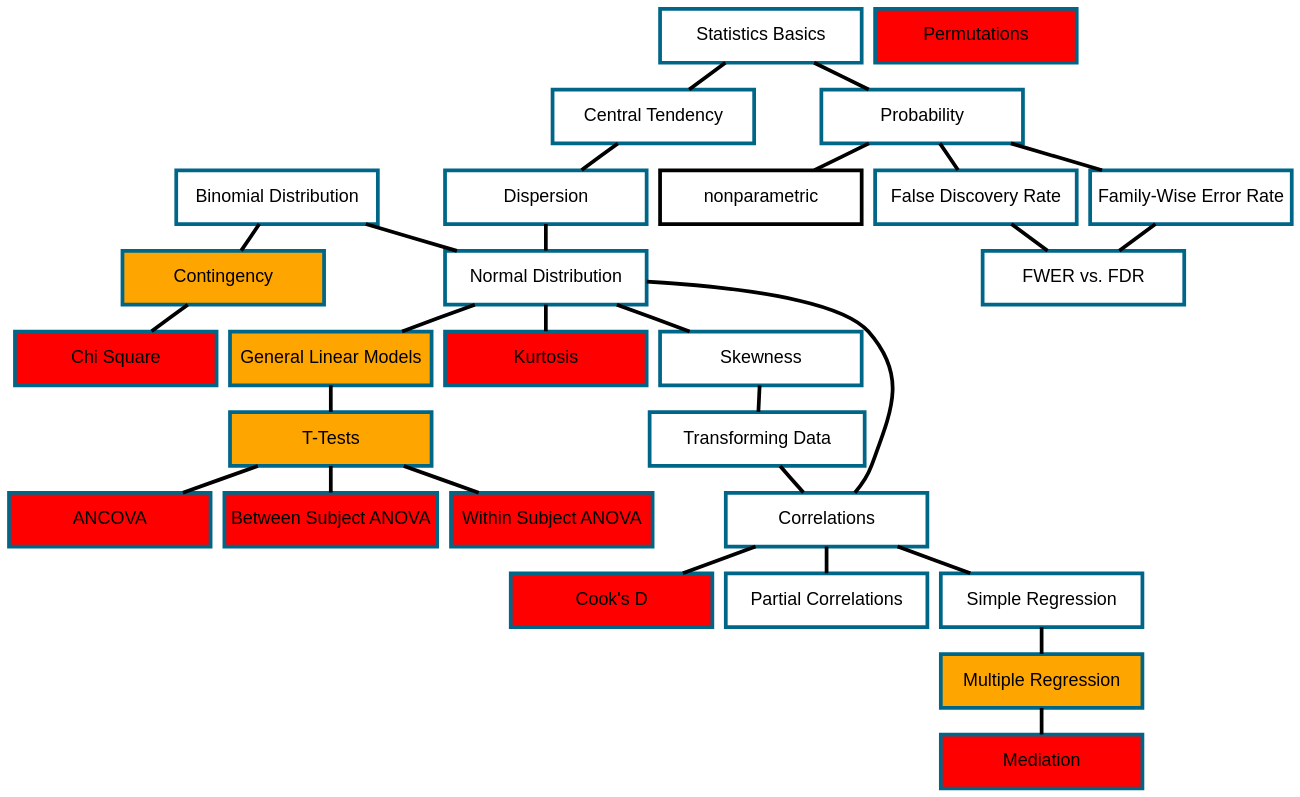
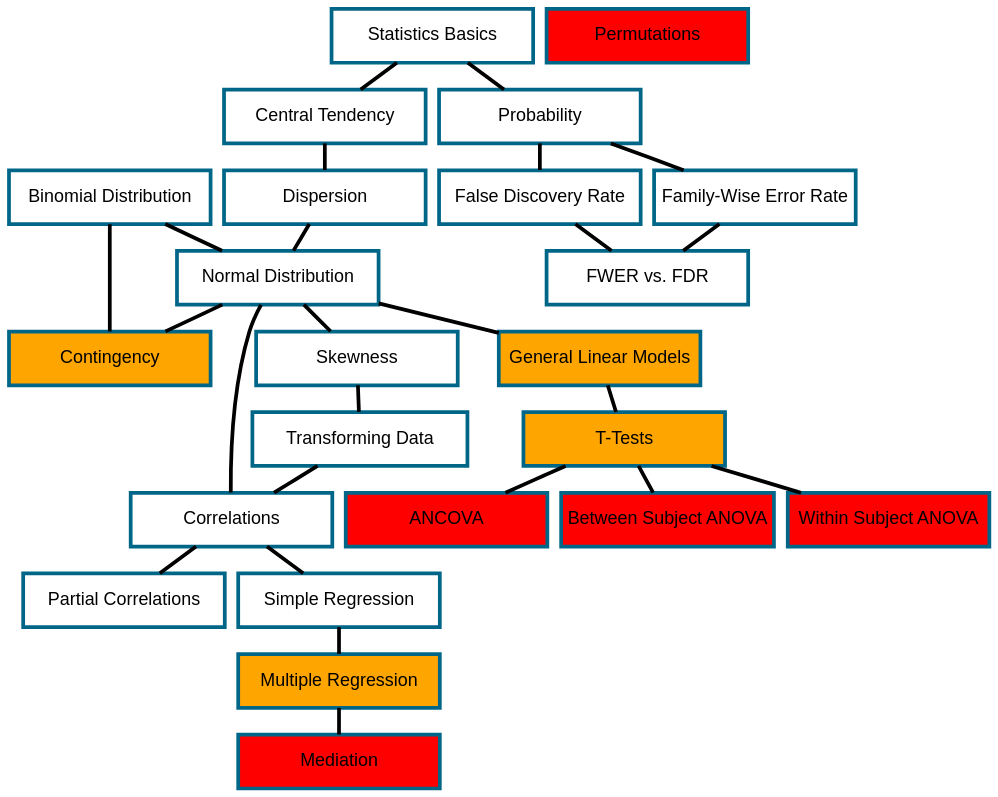
One commit to Reading-Psych/jast changed the diagram in overview.qmd. Above: the diagram before and after it, drawn with Graphviz. The commit also changed 89 other files, not shown here.

Commit message:
contingency page first draft completed and probability page updated

```diff
--- a/overview.qmd
+++ b/overview.qmd
@@ -57,7 +57,6 @@
 			fixedsize = true,
 			# fillcolor = "#d9e7ee",
 			label = "Binomial Distribution",
-			row = usr,
 		]
 		contingency[
 		  URL = "../categorical/contingency.html",
@@ -69,23 +68,18 @@
 		  URL = "../describingData/centralTendency.html",
 			fillcolor = white,
 			fixedsize = true,
-			row = func,
+			#row = func,
 			label= "Central Tendency"
 		]
-		chisquare[
-		  label     = "Chi Square",
-		  URL       = "",
-		  fillcolor = red
-		]
-		cooksd[
-		  label     = "Cook's D",
-		  URL       = "",
-		  fillcolor = red
-		]
+		#cooksd[
+		#  label     = "Cook's D",
+		#  URL       = "",
+		#  fillcolor = red
+		#]
 		correlations[
 		  URL = "../distributions/correlations.html",
 			fixedsize = true,
-			row = func,
+			#row = func,
 			label= "Correlations"
 		]
 		dispersion[
@@ -110,11 +104,11 @@
       label     = "General Linear Models",
       fillcolor = "orange"
     ]
-    kurtosis[
-      URL       = "",
-      label     = "Kurtosis",
-      fillcolor = "red"
-    ]
+    #kurtosis[
+    #  URL       = "",
+    #  label     = "Kurtosis",
+    #  fillcolor = "red"
+    #]
     mediation[
       URL = "",
       fillcolor = "red",
@@ -129,7 +123,7 @@
 		  URL = "../distributions/normal.html",
 			fillcolor = white,
 			fixedsize = true,
-			row = func,
+			#row = func,
 			label= "Normal Distribution"
 		]
 		partial_correlations[
@@ -147,7 +141,7 @@
 			URL = "../statsBasics/probability.html",
       #fillcolor = "#d9e7ee",
 			fixedsize = true,
-			row = func,
+			# row = func,
 		]
 		repeated_measures_anova[
 		  label = "Within Subject ANOVA",
@@ -182,11 +176,10 @@
 	binomial -> contingency
 	binomial -> normal[
     #style = "dashed",
-    row = func
+    #row = func
 	]
-	contingency -> chisquare
 	central_tendency -> dispersion
-	correlations -> cooksd
+	#correlations -> cooksd
 	correlations -> partial_correlations
 	correlations -> simple_regression
 	dispersion -> normal
@@ -195,18 +188,18 @@
 	glm -> ttests
   multiple_regression -> mediation
 	normal -> correlations
+	normal -> contingency
 	normal -> glm
-	normal -> kurtosis
+	#normal -> kurtosis
 	normal -> skewness[
     #style = "dashed",
-    row = func
+    #row = func
 	]
 	simple_regression -> multiple_regression
 	skewness -> transforming
 	transforming -> correlations
 	probability -> fwer
 	probability -> fdr
-	probability -> nonparametric
 	stats_basics -> central_tendency
 	stats_basics -> probability
 	ttests -> ancova
```
